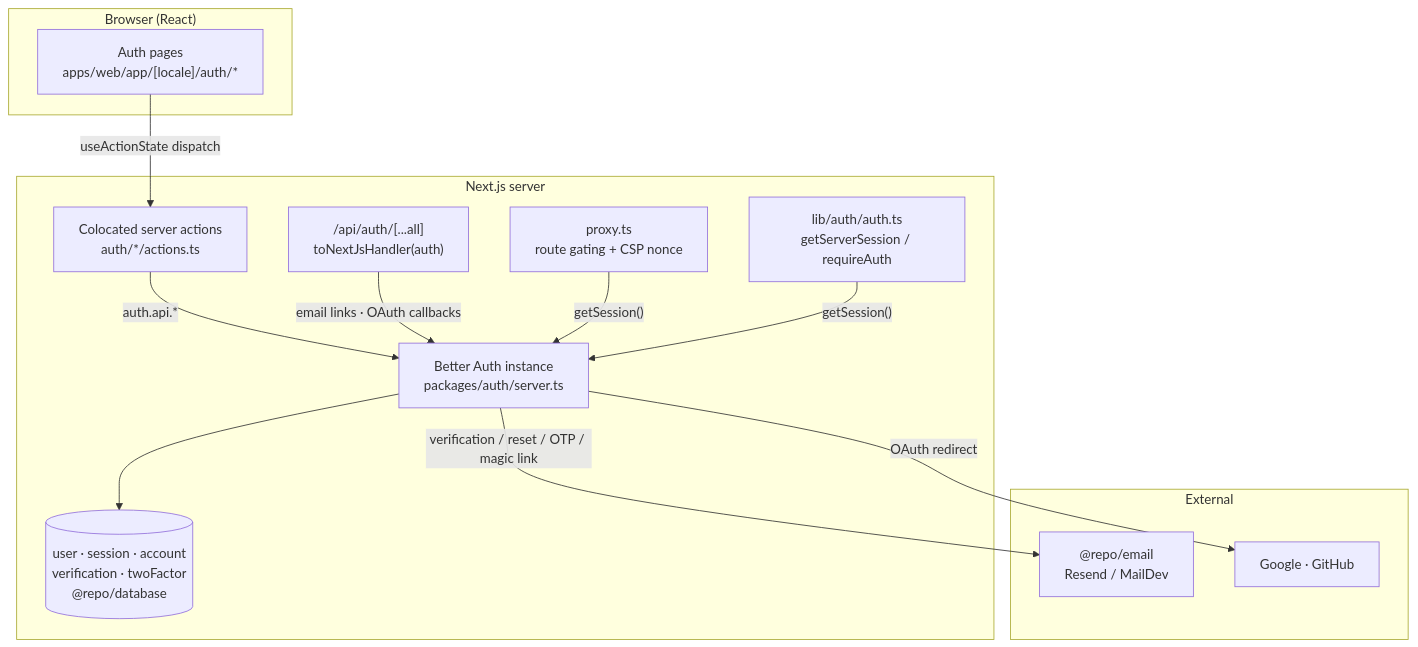
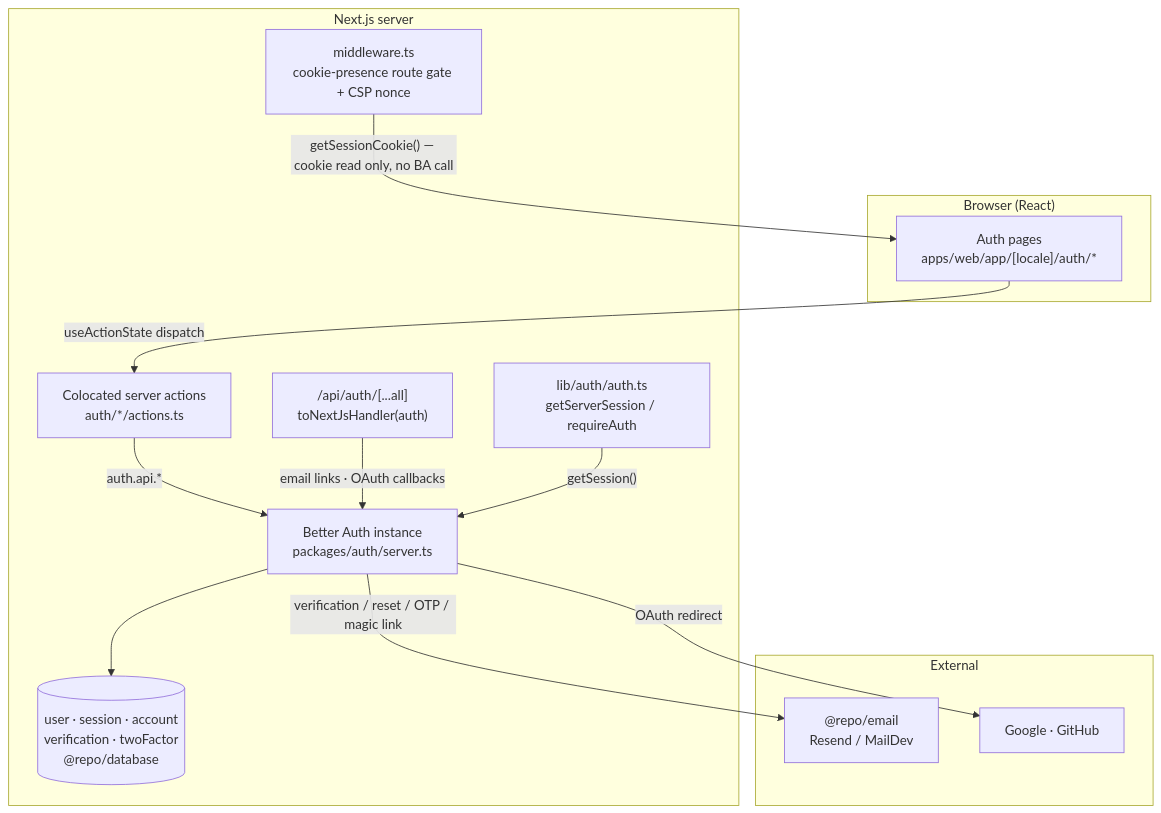
One commit to saasprokit-com/saasprokit changed the diagram in apps/docs/content/docs/authentication/index.mdx. Above: the diagram before and after it, drawn with Mermaid. The commit also changed other lines of this file and 16 other files, not shown here.

````diff
--- a/apps/docs/content/docs/authentication/index.mdx
+++ b/apps/docs/content/docs/authentication/index.mdx
@@ -79,30 +79,30 @@
 ```mermaid
 flowchart TD
     subgraph Client["Browser (React)"]
       Pages["Auth pages<br/>apps/web/app/[locale]/auth/*"]
     end
 
     subgraph Server["Next.js server"]
-      PROXY["proxy.ts<br/>route gating + CSP nonce"]
+      MIDDLEWARE["middleware.ts<br/>cookie-presence route gate + CSP nonce"]
       ACTIONS["Colocated server actions<br/>auth/*/actions.ts"]
       ROUTE["/api/auth/[...all]<br/>toNextJsHandler(auth)"]
       BA["Better Auth instance<br/>packages/auth/server.ts"]
       HELP["lib/auth/auth.ts<br/>getServerSession / requireAuth"]
       DB[("user · session · account<br/>verification · twoFactor<br/>@repo/database")]
     end
 
     subgraph External["External"]
       EMAIL["@repo/email<br/>Resend / MailDev"]
       OAUTH["Google · GitHub"]
     end
 
     Pages -->|"useActionState dispatch"| ACTIONS
     ACTIONS -->|"auth.api.*"| BA
     ROUTE -->|"email links · OAuth callbacks"| BA
     BA --> DB
     BA -->|"verification / reset / OTP / magic link"| EMAIL
     BA -->|"OAuth redirect"| OAUTH
 
-    PROXY -->|"getSession()"| BA
+    MIDDLEWARE -->|"getSessionCookie() — cookie read only, no BA call"| Pages
     HELP -->|"getSession()"| BA
 ```
````
